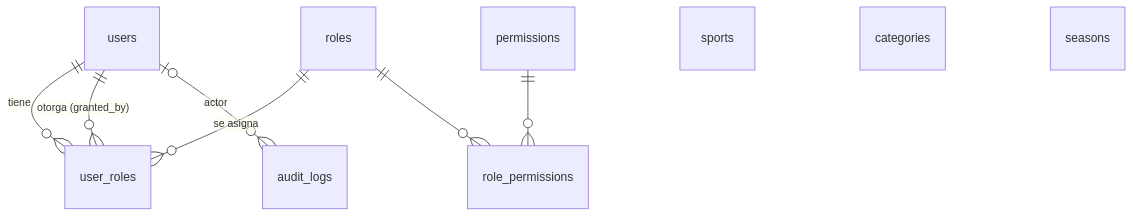
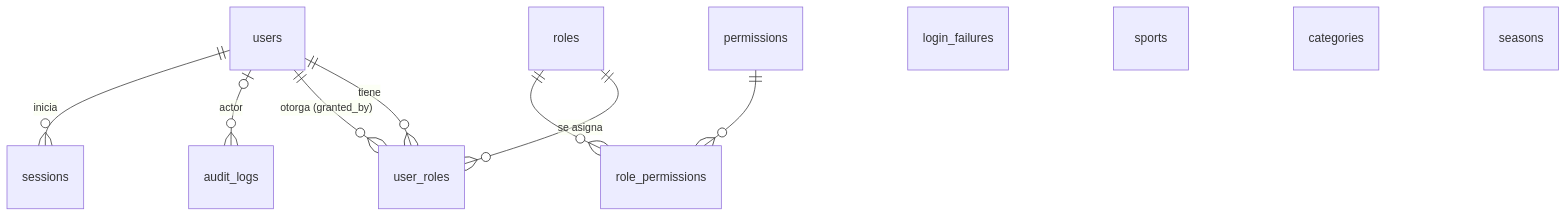
Before and after one commit to kiramman-mp3/sistema-gestion-deportiva: the diagram in docs/database.md, drawn with Mermaid. The commit also changed other lines of this file and 4 other files, not shown here.

Commit message:
docs: document authentication architecture, bootstrap procedure and security decisions

````diff
--- a/docs/database.md
+++ b/docs/database.md
@@ -66,12 +66,14 @@
 ```mermaid
 erDiagram
   users ||--o{ user_roles : "tiene"
   roles ||--o{ user_roles : "se asigna"
   users ||--o{ user_roles : "otorga (granted_by)"
   roles ||--o{ role_permissions : ""
   permissions ||--o{ role_permissions : ""
   users |o--o{ audit_logs : "actor"
+  users ||--o{ sessions : "inicia"
+  login_failures
   sports
   categories
   seasons
 ```
````
